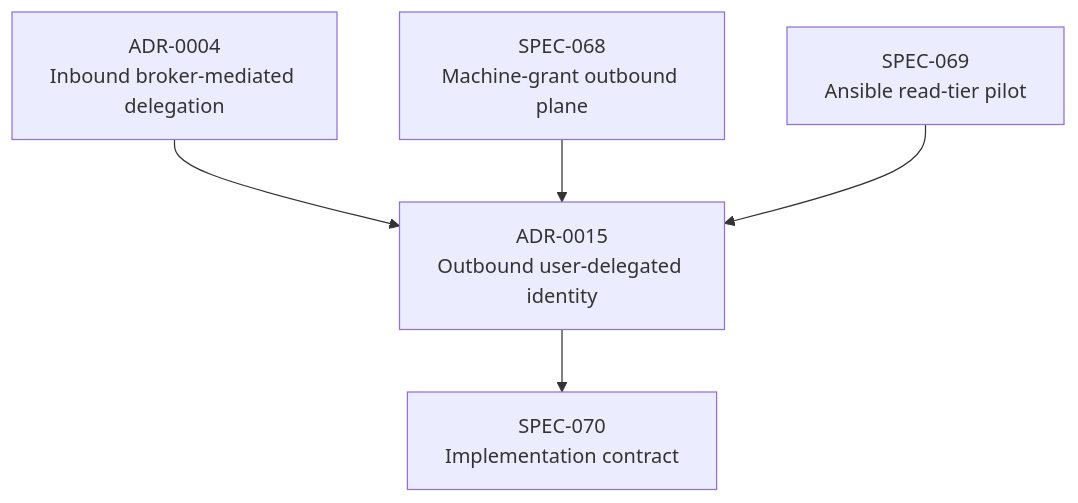
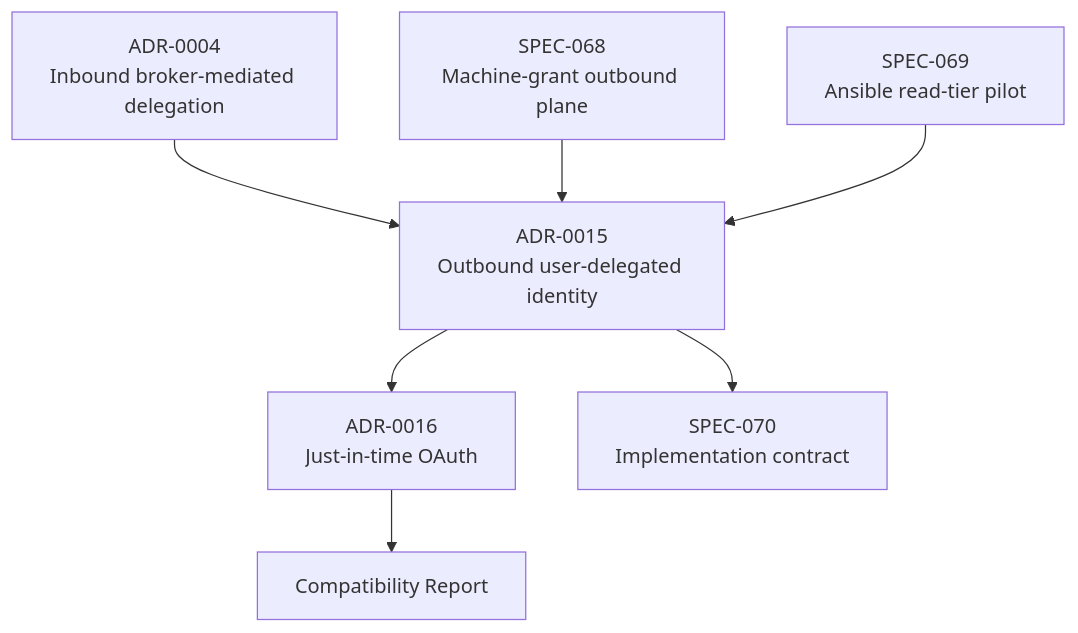
Before and after one commit to metasync/luban-aiops: the sixth of 6 diagrams in .qoder/repowiki/en/content/Platform Overview/ADR-0015_ Outbound User-Delegated Identity via Per-User OAuth.md, drawn with Mermaid. The commit also changed other lines of this file and 24 other files, not shown here.

````diff
--- a/.qoder/repowiki/en/content/Platform Overview/ADR-0015_ Outbound User-Delegated Identity via Per-User OAuth.md
+++ b/.qoder/repowiki/en/content/Platform Overview/ADR-0015_ Outbound User-Delegated Identity via Per-User OAuth.md
@@ -237,12 +274,16 @@
 ```mermaid
 graph TB
 ADR0004["ADR-0004<br/>Inbound broker-mediated delegation"]
 SPEC068["SPEC-068<br/>Machine-grant outbound plane"]
 SPEC069["SPEC-069<br/>Ansible read-tier pilot"]
 ADR0015["ADR-0015<br/>Outbound user-delegated identity"]
+ADR0016["ADR-0016<br/>Just-in-time OAuth"]
 SPEC070["SPEC-070<br/>Implementation contract"]
+COMPAT["Compatibility Report"]
 ADR0004 --> ADR0015
 SPEC068 --> ADR0015
 SPEC069 --> ADR0015
+ADR0015 --> ADR0016
+ADR0016 --> COMPAT
 ADR0015 --> SPEC070
 ```
````
